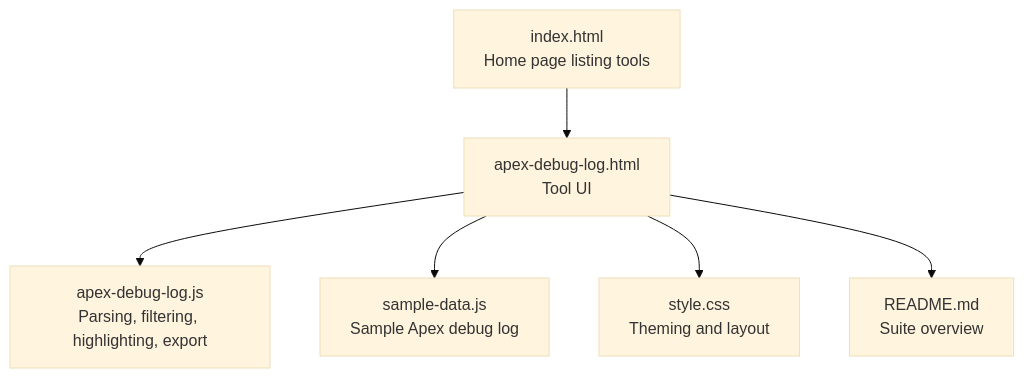
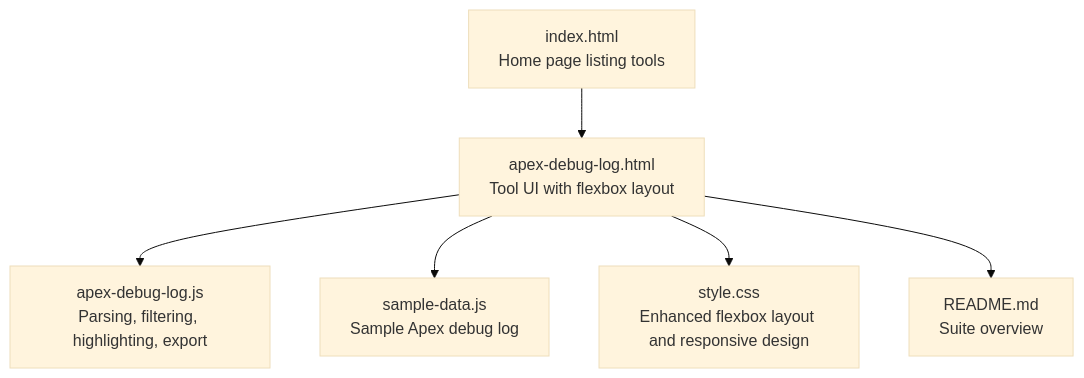
One commit to escaleraalcielo/developer-utilities changed the first of 4 diagrams in .qoder/repowiki/en/content/Development Utilities/Apex Debug Log Analyzer.md. Above: the diagram before and after it, drawn with Mermaid (base theme). The commit also changed other lines of this file and 6 other files, not shown here.

````diff
--- a/.qoder/repowiki/en/content/Development Utilities/Apex Debug Log Analyzer.md
+++ b/.qoder/repowiki/en/content/Development Utilities/Apex Debug Log Analyzer.md
@@ -46,8 +56,8 @@
 ```mermaid
 graph TB
-A["index.html<br/>Home page listing tools"] --> B["apex-debug-log.html<br/>Tool UI"]
+A["index.html<br/>Home page listing tools"] --> B["apex-debug-log.html<br/>Tool UI with flexbox layout"]
 B --> C["apex-debug-log.js<br/>Parsing, filtering, highlighting, export"]
 B --> D["sample-data.js<br/>Sample Apex debug log"]
-B --> E["style.css<br/>Theming and layout"]
+B --> E["style.css<br/>Enhanced flexbox layout and responsive design"]
 B --> F["README.md<br/>Suite overview"]
 ```
````
